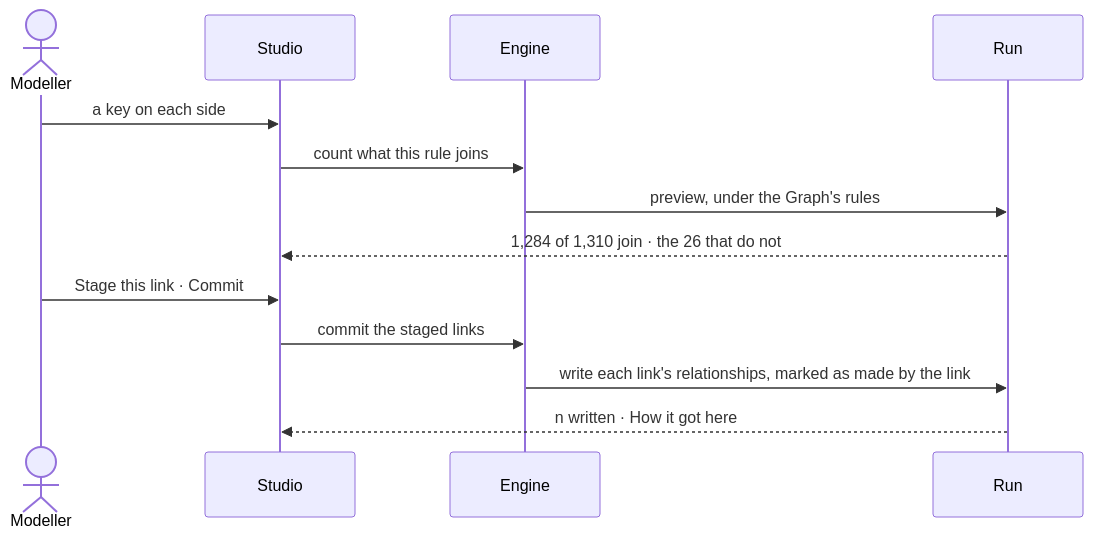
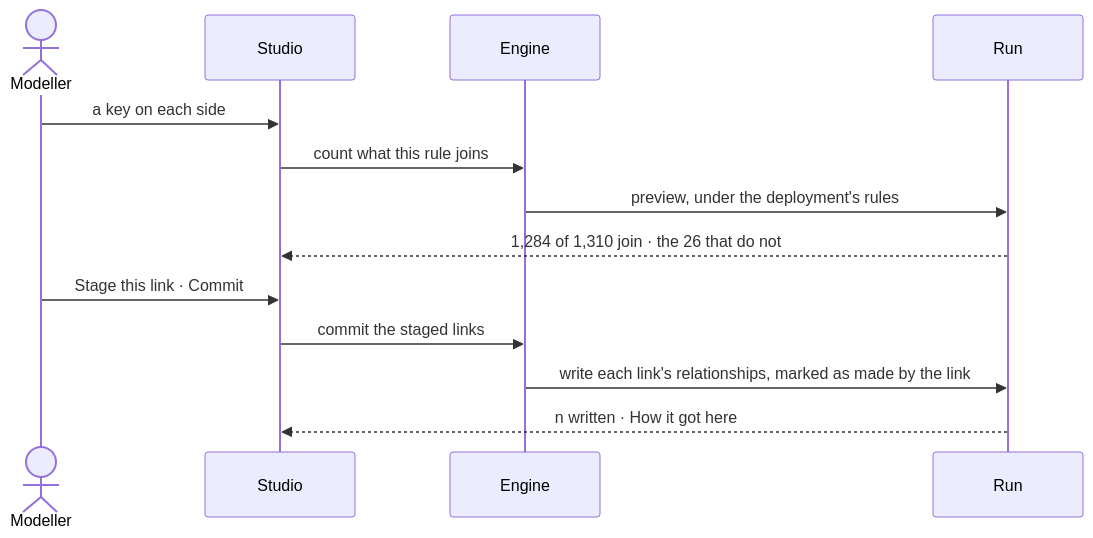
The second of 2 diagrams in specs/capabilities/semantics/features/SE-F06-links-and-mappings/feature.md (invana/invana), drawn with Mermaid before and after one commit. The commit also changed other lines of this file and 69 other files, not shown here.

First line of the commit message:
feat(specs): retire Graph as an object — Graph Data is the screen word

````diff
--- a/specs/capabilities/semantics/features/SE-F06-links-and-mappings/feature.md
+++ b/specs/capabilities/semantics/features/SE-F06-links-and-mappings/feature.md
@@ -51,15 +51,15 @@
 ```mermaid
 sequenceDiagram
   actor M as Modeller
   participant S as Studio
   participant E as Engine
   participant R as Run
   M->>S: a key on each side
   S->>E: count what this rule joins
-  E->>R: preview, under the Graph's rules
+  E->>R: preview, under the deployment's rules
   R-->>S: 1,284 of 1,310 join · the 26 that do not
   M->>S: Stage this link · Commit
   S->>E: commit the staged links
   E->>R: write each link's relationships, marked as made by the link
   R-->>S: n written · How it got here
 ```
````
